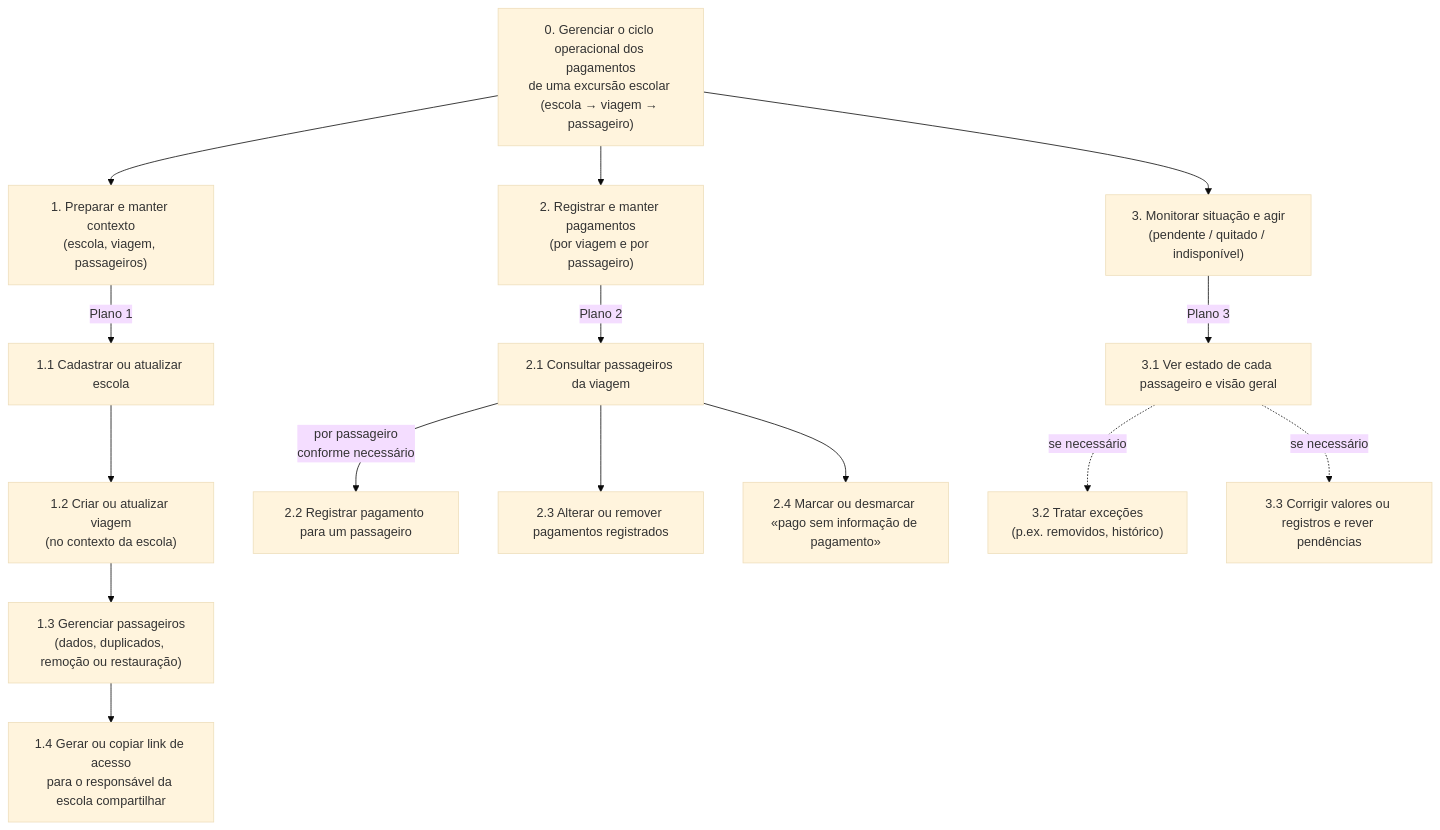
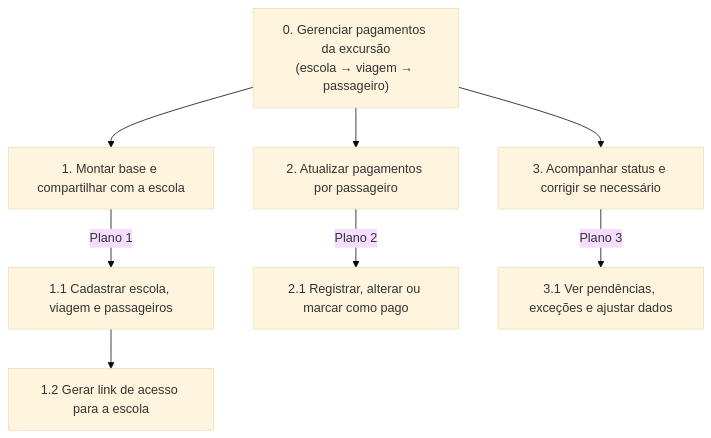
Before and after one commit to artieeez/sitio-design-notes: the diagram in specs/001-school-trip-payments/presentation-sprint-01/hta-school-trip-payments.mmd, drawn with Mermaid (base theme). The commit also changed 2 other files, not shown here.

Commit message:
Simplify HTA Mermaid flows (agency + school) and update presentation notes

```diff
--- a/specs/001-school-trip-payments/presentation-sprint-01/hta-school-trip-payments.mmd
+++ b/specs/001-school-trip-payments/presentation-sprint-01/hta-school-trip-payments.mmd
@@ -1,44 +1,30 @@
-%% HTA — Lado agência (responsável pela agência)
-%% Plano 0: executar 1 (inclui compartilhar link com a escola); repetir 2 e 3 ao longo da operação
+%% HTA — Agência (versão resumida)
+%% Plano 0: fazer 1 (contexto + link); depois 2 e 3 conforme a operação
 %% Export: npx @mermaid-js/mermaid-cli -i hta-school-trip-payments.mmd -o hta-school-trip-payments.png
 
 flowchart TB
-  t0["0. Gerenciar o ciclo operacional dos pagamentos<br/>de uma excursão escolar (escola → viagem → passageiro)"]
+  t0["0. Gerenciar pagamentos da excursão<br/>(escola → viagem → passageiro)"]
 
-  t1["1. Preparar e manter contexto<br/>(escola, viagem, passageiros)"]
-  t2["2. Registrar e manter pagamentos<br/>(por viagem e por passageiro)"]
-  t3["3. Monitorar situação e agir<br/>(pendente / quitado / indisponível)"]
+  t1["1. Montar base e compartilhar com a escola"]
+  t2["2. Atualizar pagamentos por passageiro"]
+  t3["3. Acompanhar status e corrigir se necessário"]
 
   t0 --> t1
   t0 --> t2
   t0 --> t3
 
-  t1a["1.1 Cadastrar ou atualizar escola"]
-  t1b["1.2 Criar ou atualizar viagem<br/>(no contexto da escola)"]
-  t1c["1.3 Gerenciar passageiros<br/>(dados, duplicados, remoção ou restauração)"]
-  t1d["1.4 Gerar ou copiar link de acesso<br/>para o responsável da escola compartilhar"]
+  t1a["1.1 Cadastrar escola, viagem e passageiros"]
+  t1b["1.2 Gerar link de acesso para a escola"]
 
   t1 -->|Plano 1| t1a
   t1a --> t1b
-  t1b --> t1c
-  t1c --> t1d
 
-  t2a["2.1 Consultar passageiros da viagem"]
-  t2b["2.2 Registrar pagamento para um passageiro"]
-  t2c["2.3 Alterar ou remover pagamentos registrados"]
-  t2d["2.4 Marcar ou desmarcar «pago sem informação de pagamento»"]
+  t2a["2.1 Registrar, alterar ou marcar como pago"]
 
   t2 -->|Plano 2| t2a
-  t2a -->|por passageiro<br/>conforme necessário| t2b
-  t2a --> t2c
-  t2a --> t2d
 
-  t3a["3.1 Ver estado de cada passageiro e visão geral"]
-  t3b["3.2 Tratar exceções<br/>(p.ex. removidos, histórico)"]
-  t3c["3.3 Corrigir valores ou registros e rever pendências"]
+  t3a["3.1 Ver pendências, exceções e ajustar dados"]
 
   t3 -->|Plano 3| t3a
-  t3a -.->|se necessário| t3b
-  t3a -.->|se necessário| t3c
 
-  %% O link de 1.4 leva à HTA «escola»; o canal (e-mail, WhatsApp etc.) é externo.
+  %% Link 1.2 → HTA escola. Canal de envio do link é externo.
```
